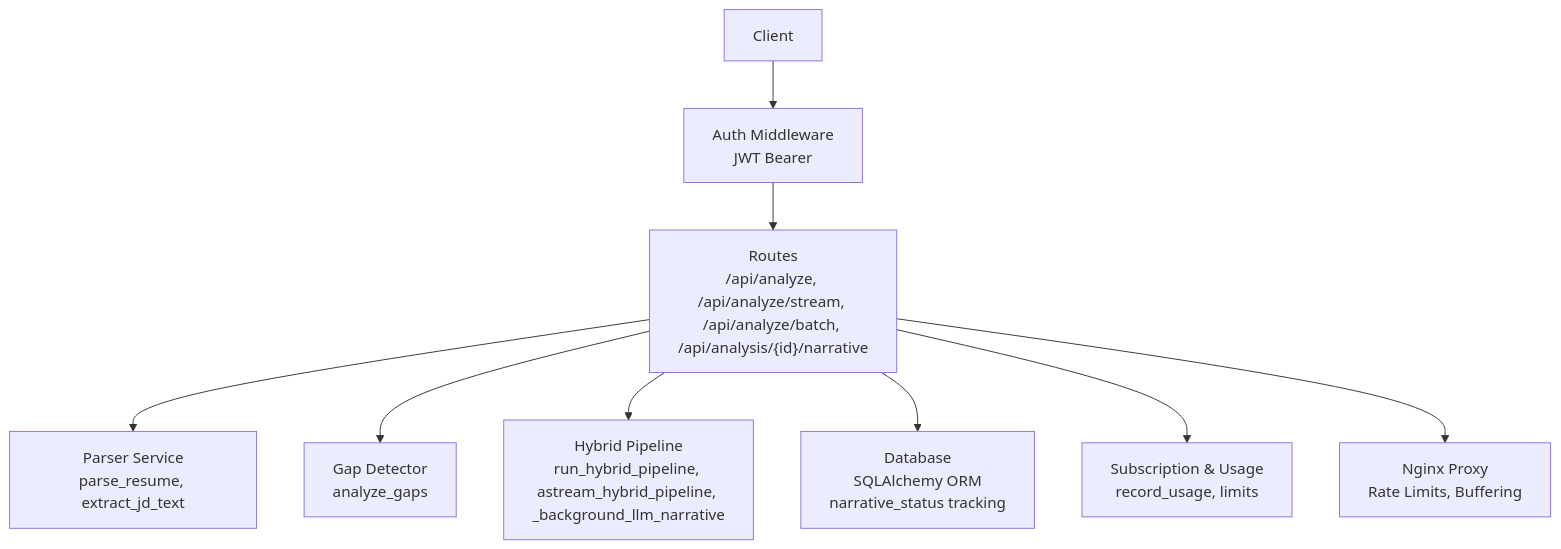
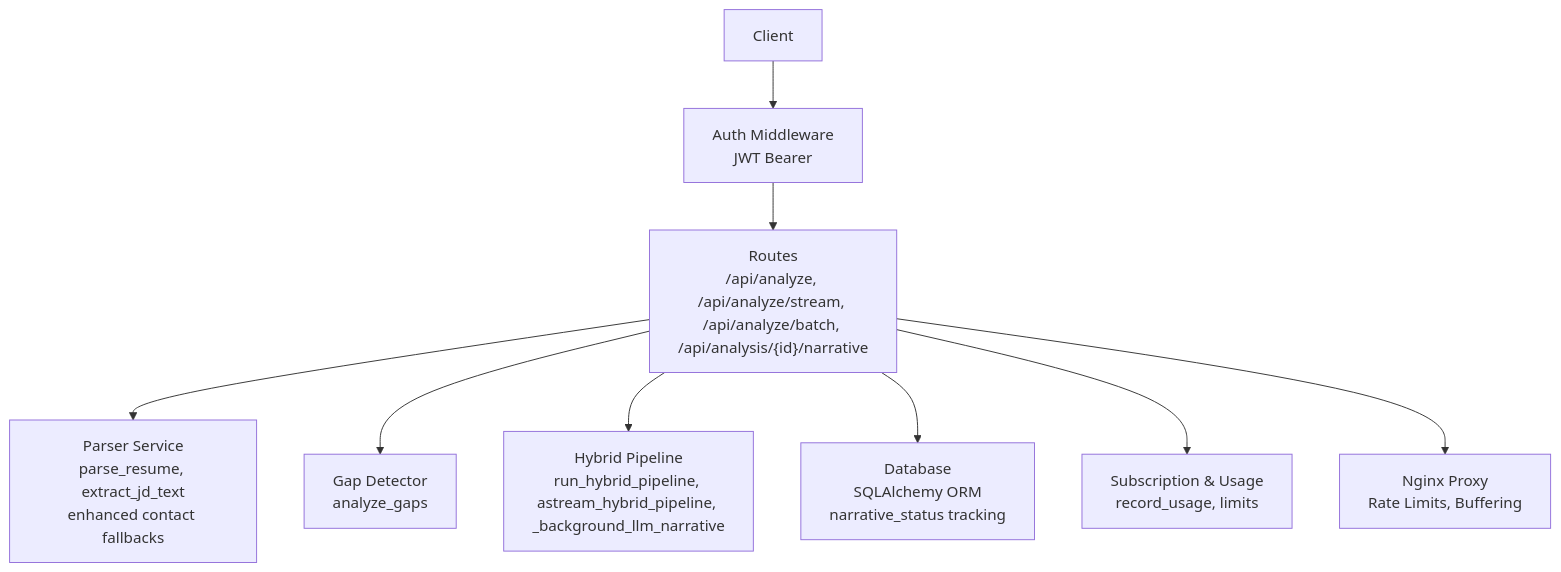
Before and after one commit to Revanththetalogics/aireume: the first of 3 diagrams in .qoder/repowiki/en/content/API Reference/Analysis Endpoints/Analysis Endpoints.md, drawn with Mermaid. The commit also changed other lines of this file and 20 other files, not shown here.

````diff
--- a/.qoder/repowiki/en/content/API Reference/Analysis Endpoints/Analysis Endpoints.md
+++ b/.qoder/repowiki/en/content/API Reference/Analysis Endpoints/Analysis Endpoints.md
@@ -55,19 +55,19 @@
 ```mermaid
 graph TB
 Client["Client"]
 Auth["Auth Middleware<br/>JWT Bearer"]
 Routes["Routes<br/>/api/analyze, /api/analyze/stream, /api/analyze/batch, /api/analysis/{id}/narrative"]
-Parser["Parser Service<br/>parse_resume, extract_jd_text"]
+Parser["Parser Service<br/>parse_resume, extract_jd_text<br/>enhanced contact fallbacks"]
 Gap["Gap Detector<br/>analyze_gaps"]
 Hybrid["Hybrid Pipeline<br/>run_hybrid_pipeline, astream_hybrid_pipeline, _background_llm_narrative"]
 DB["Database<br/>SQLAlchemy ORM<br/>narrative_status tracking"]
 Sub["Subscription & Usage<br/>record_usage, limits"]
 Nginx["Nginx Proxy<br/>Rate Limits, Buffering"]
 Client --> Auth --> Routes
 Routes --> Parser
 Routes --> Gap
 Routes --> Hybrid
 Routes --> DB
 Routes --> Sub
 Routes --> Nginx
 ```
````
